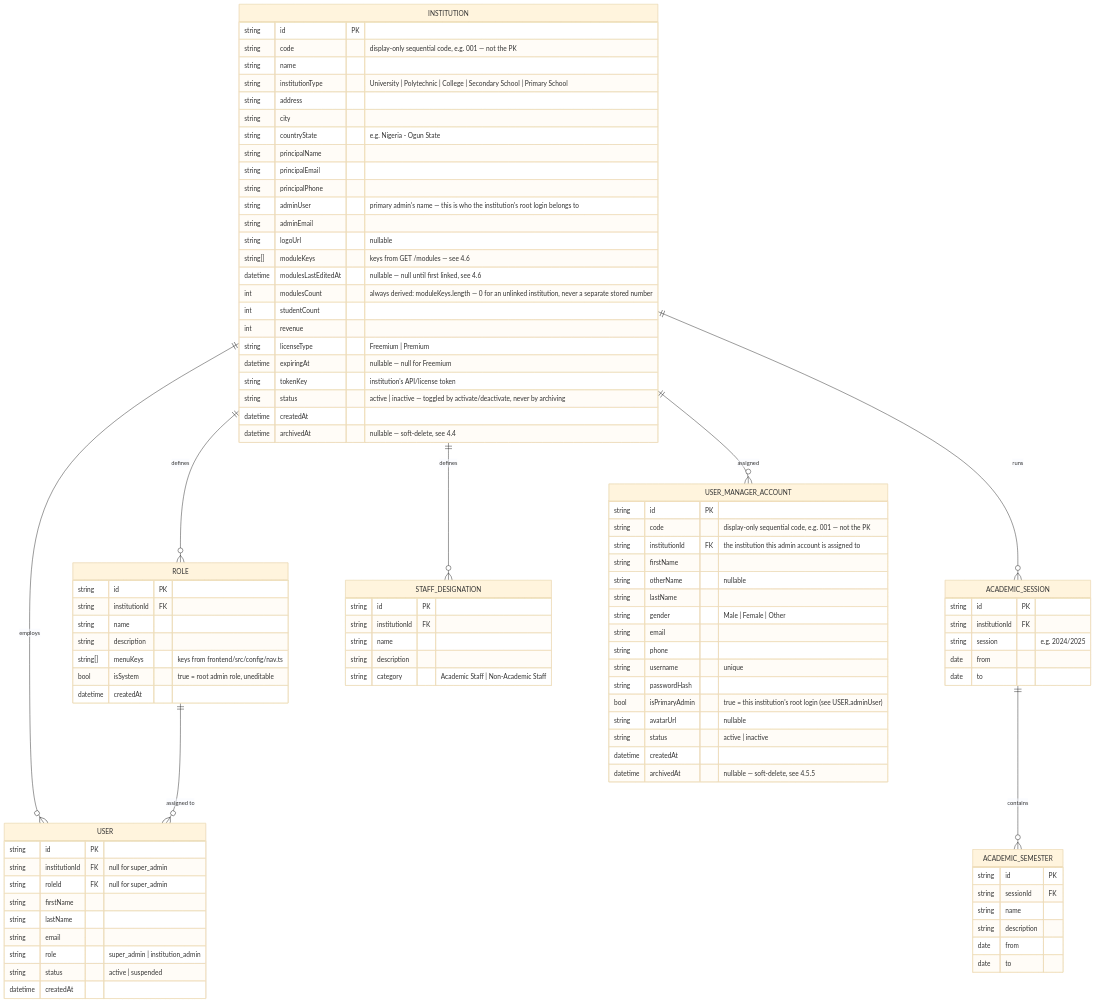
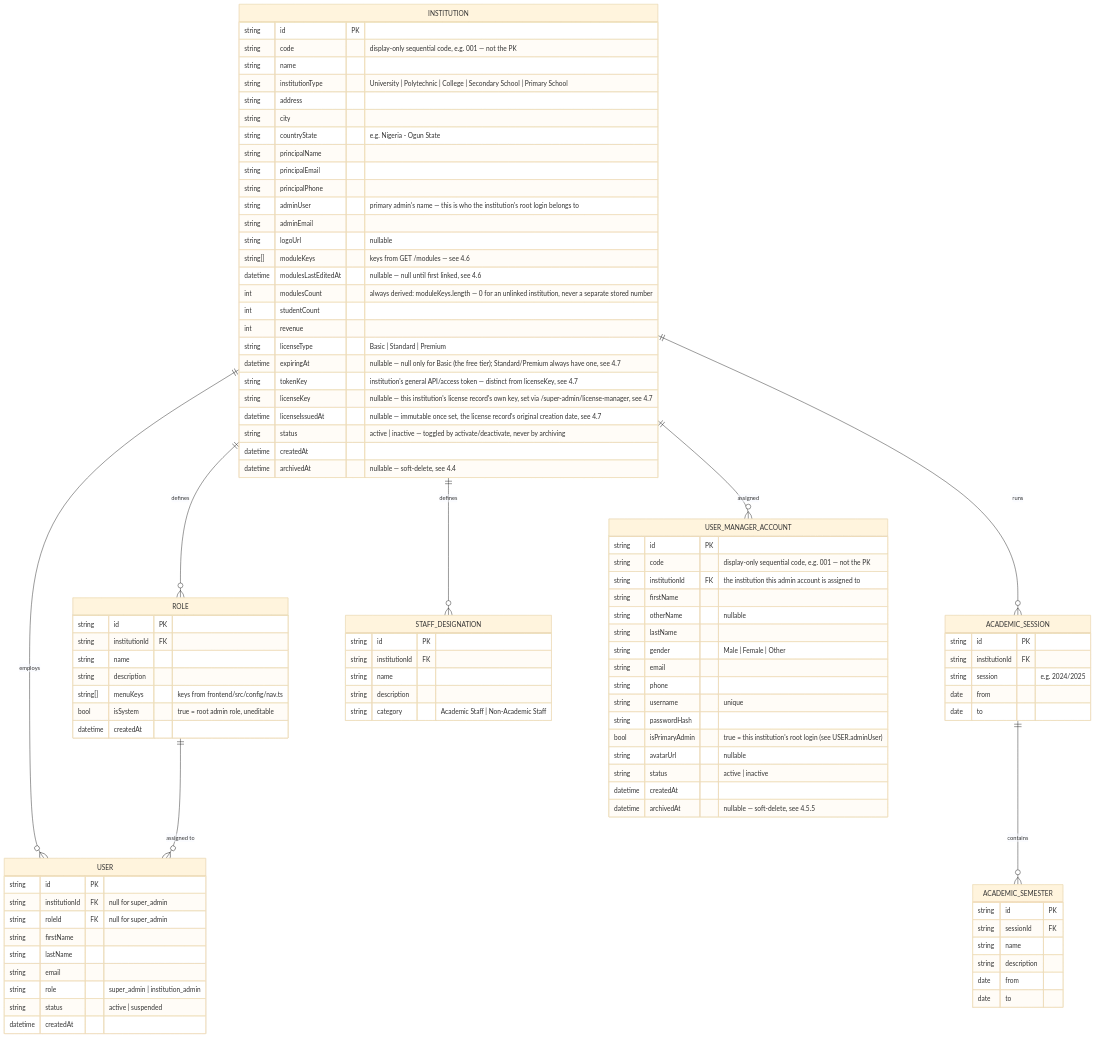
Before and after one commit to turontechnologies/T-Educare: the first of 5 diagrams in backend/API_CONTRACT.md, drawn with Mermaid (base theme). The commit also changed other lines of this file and 15 other files, not shown here.

First line of the commit message:
Add super admin Modules and License Manager, unify RBAC with real module/user-manager data, and modernize shared form components

```diff
--- a/backend/API_CONTRACT.md
+++ b/backend/API_CONTRACT.md
@@ -128,9 +144,11 @@
         int modulesCount "always derived: moduleKeys.length — 0 for an unlinked institution, never a separate stored number"
         int studentCount
         int revenue
-        string licenseType "Freemium | Premium"
-        datetime expiringAt "nullable — null for Freemium"
-        string tokenKey "institution's API/license token"
+        string licenseType "Basic | Standard | Premium"
+        datetime expiringAt "nullable — null only for Basic (the free tier); Standard/Premium always have one, see 4.7"
+        string tokenKey "institution's general API/access token — distinct from licenseKey, see 4.7"
+        string licenseKey "nullable — this institution's license record's own key, set via /super-admin/license-manager, see 4.7"
+        datetime licenseIssuedAt "nullable — immutable once set, the license record's original creation date, see 4.7"
         string status "active | inactive — toggled by activate/deactivate, never by archiving"
         datetime createdAt
         datetime archivedAt "nullable — soft-delete, see 4.4"
```
